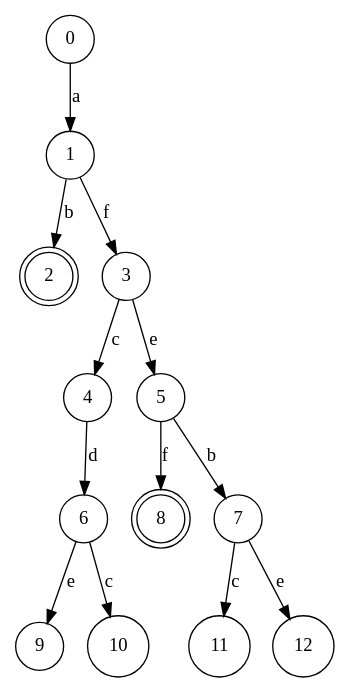
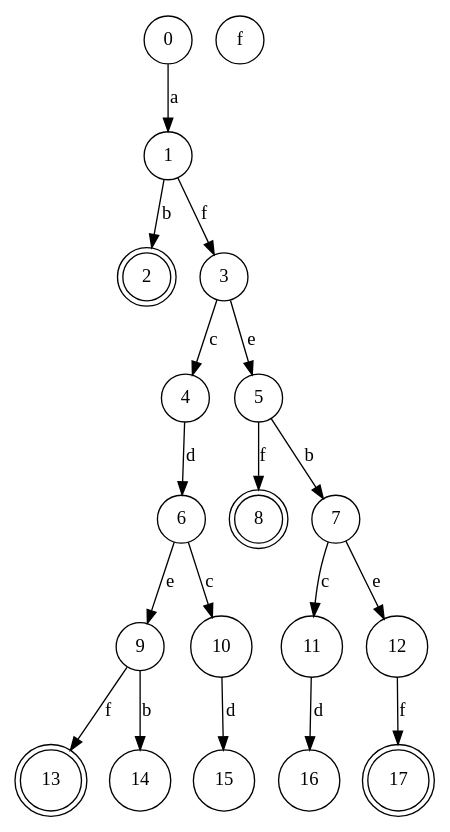
One commit to dvberkel/bergen changed the diagram in states.dot. Above: the diagram before and after it, drawn with Graphviz. The commit also changed 1 other file, not shown here.

```diff
--- a/states.dot
+++ b/states.dot
@@ -1,17 +1,24 @@
 digraph {
   node [shape=circle];
   2 [shape=doublecircle];
   8 [shape=doublecircle];
+  13 [shape=doublecircle];
+  17 [shape=doublecircle];
   0 -> 1 [label="a"];
   1 -> 2 [label="b"];
   1 -> 3 [label="f"];
   3 -> 4 [label="c"];
   3 -> 5 [label="e"];
   4 -> 6 [label="d"];
   5 -> 7 [label="b"];
   5 -> 8 [label="f"];
   6 -> 9 [label="e"];
   6 -> 10 [label="c"];
-  7 -> 11 [label="c"];
+  7 -> 11 [label="c"];f
   7 -> 12 [label="e"];
+  9 -> 13 [label="f"];
+  9 -> 14 [label="b"];
+  10 -> 15 [label="d"];
+  11 -> 16 [label="d"];
+  12 -> 17 [label="f"];
 }
```
